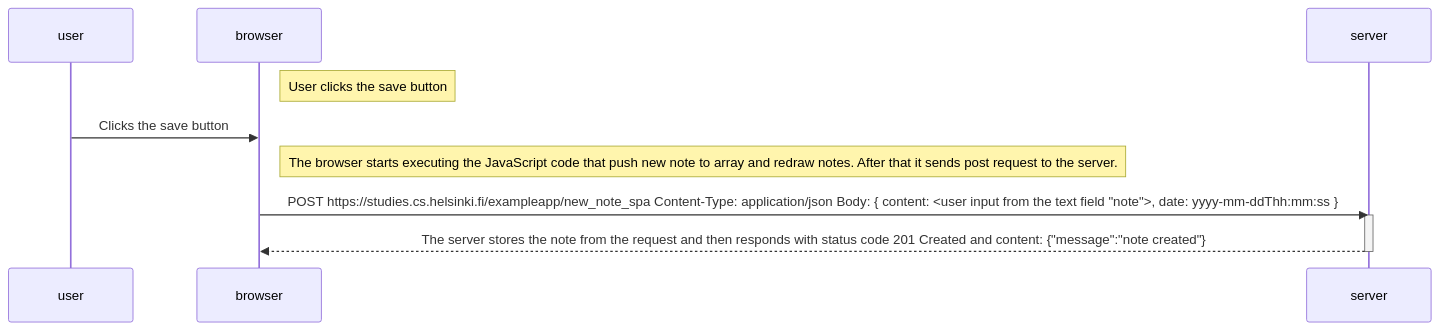
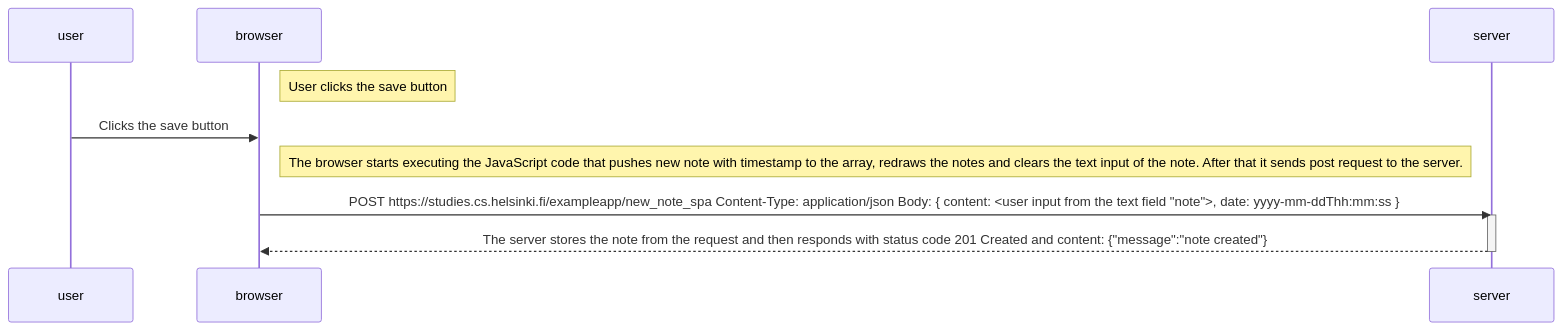
Before and after one commit to JuhKukko/fullstack-helsinki-university: the third of 3 diagrams in part0/README.md, drawn with Mermaid.

````diff
--- a/part0/README.md
+++ b/part0/README.md
@@ -74,17 +74,17 @@
 ```mermaid
 sequenceDiagram
     participant user
     participant browser
     participant server
 
     Note right of browser: User clicks the save button
     user->>browser: Clicks the save button
 
-    Note right of browser: The browser starts executing the JavaScript code that push new note to array and redraw notes. After that it sends post request to the server.
+    Note right of browser: The browser starts executing the JavaScript code that pushes new note with timestamp to the array, redraws the notes and clears the text input of the note. After that it sends post request to the server.
 
     browser->>server: POST https://studies.cs.helsinki.fi/exampleapp/new_note_spa Content-Type: application/json Body:  { content: <user input from the text field "note">, date: yyyy-mm-ddThh:mm:ss }
 
     activate server
     server-->>browser: The server stores the note from the request and then responds with status code 201 Created and content: {"message":"note created"}
     deactivate server
 ```
````
